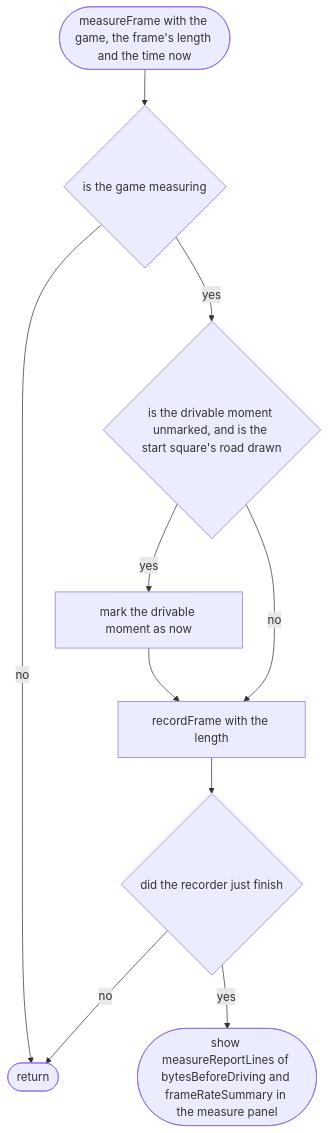
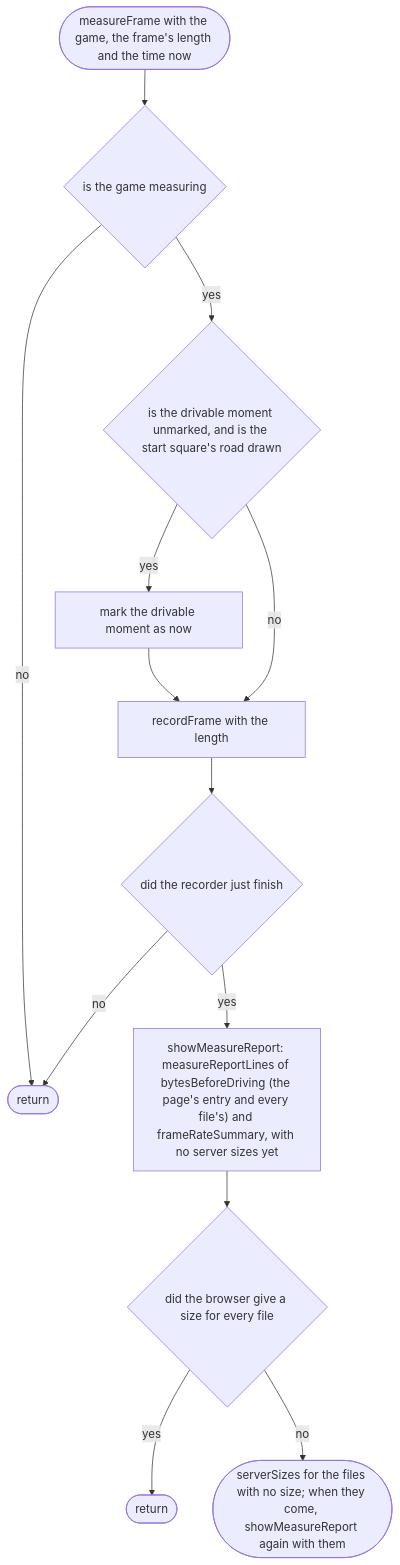
The sixth of 9 diagrams in docs/designs/src/game/loop.md (NewDara-Star/world-engine), drawn with Mermaid before and after one commit. The commit also changed other lines of this file and 7 other files, not shown here.

````diff
--- a/docs/designs/src/game/loop.md
+++ b/docs/designs/src/game/loop.md
@@ -97,19 +97,24 @@
 ```mermaid
 flowchart TD
   s(["measureFrame with the game, the frame's length and the time now"])
   a{"is the game measuring"}
   b(["return"])
   c{"is the drivable moment unmarked, and is the start square's road drawn"}
   d["mark the drivable moment as now"]
   e["recordFrame with the length"]
   f{"did the recorder just finish"}
-  g(["show measureReportLines of bytesBeforeDriving and frameRateSummary in the measure panel"])
+  g["showMeasureReport: measureReportLines of bytesBeforeDriving (the page's entry and every file's) and frameRateSummary, with no server sizes yet"]
+  h{"did the browser give a size for every file"}
+  i(["return"])
+  j(["serverSizes for the files with no size; when they come, showMeasureReport again with them"])
   s --> a
   a -->|"no"| b
   a -->|"yes"| c
   c -->|"yes"| d --> e
   c -->|"no"| e
   e --> f
-  f -->|"yes"| g
+  f -->|"yes"| g --> h
   f -->|"no"| b
+  h -->|"yes"| i
+  h -->|"no"| j
 ```
````
